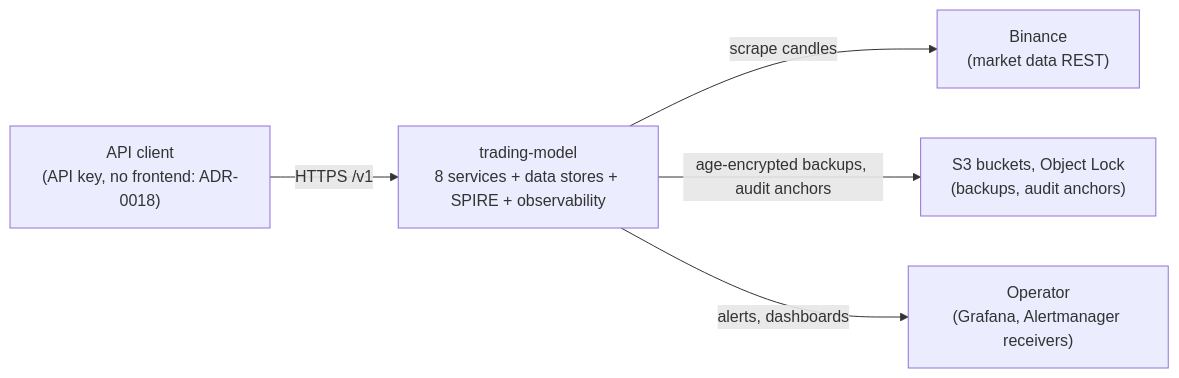
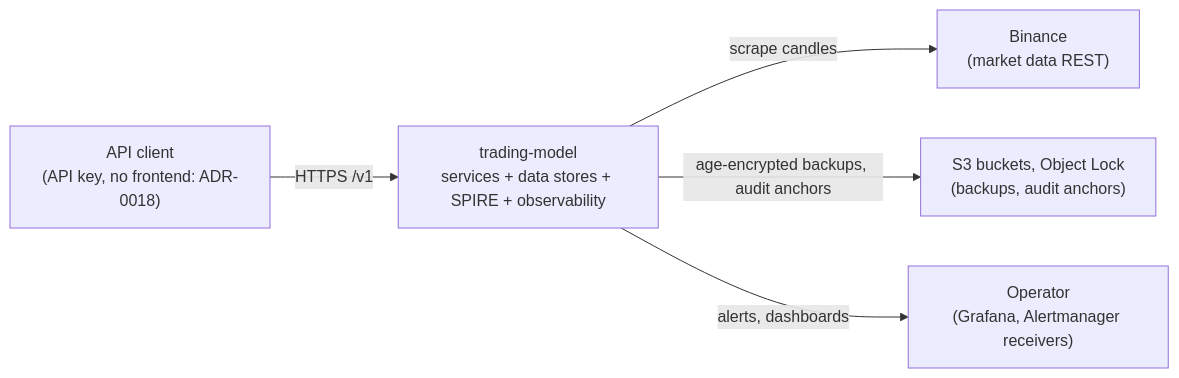
Before and after one commit to docteur-turboss/trading-model: the first of 4 diagrams in docs/architecture/system-overview.md, drawn with Mermaid. The commit also changed other lines of this file and 4 other files, not shown here.

First line of the commit message:
:memo:(docs): ramener system-overview et bounded-contexts au code (risk-execution, model-evaluator, signaux, ADR-0073) (#1971)

````diff
--- a/docs/architecture/system-overview.md
+++ b/docs/architecture/system-overview.md
@@ -9,12 +9,12 @@
 ```mermaid
 flowchart LR
   client["API client<br/>(API key, no frontend: ADR-0018)"]
   binance["Binance<br/>(market data REST)"]
   s3["S3 buckets, Object Lock<br/>(backups, audit anchors)"]
   ops["Operator<br/>(Grafana, Alertmanager receivers)"]
-  system["trading-model<br/>8 services + data stores + SPIRE + observability"]
+  system["trading-model<br/>services + data stores + SPIRE + observability"]
   client -->|HTTPS /v1| system
   system -->|scrape candles| binance
   system -->|age-encrypted backups, audit anchors| s3
   system -->|alerts, dashboards| ops
 ```
````
